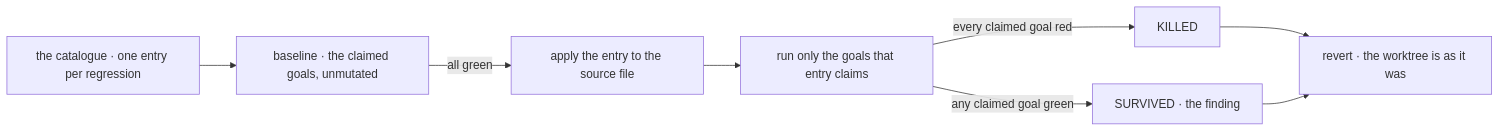
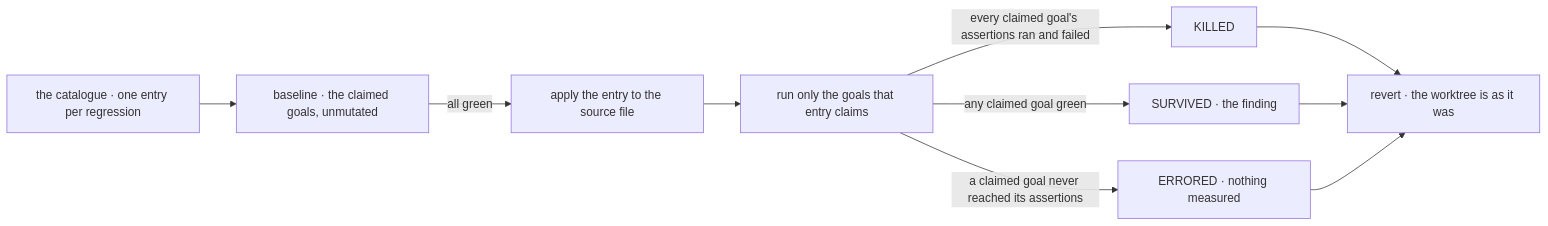
Before and after one commit to fixpoint-labs/flow-state-dev: the diagram in spec/FIX-1424/SPEC.md, drawn with Mermaid. The commit also changed other lines of this file and 4 other files, not shown here.

````diff
--- a/spec/FIX-1424/SPEC.md
+++ b/spec/FIX-1424/SPEC.md
@@ -64,10 +64,12 @@
 ```mermaid
 flowchart LR
   C["the catalogue · one entry per regression"] --> B["baseline · the claimed goals, unmutated"]
   B -->|"all green"| A["apply the entry to the source file"]
   A --> R["run only the goals that entry claims"]
-  R -->|"every claimed goal red"| K["KILLED"]
+  R -->|"every claimed goal's assertions ran and failed"| K["KILLED"]
   R -->|"any claimed goal green"| S["SURVIVED · the finding"]
+  R -->|"a claimed goal never reached its assertions"| E["ERRORED · nothing measured"]
   K --> V["revert · the worktree is as it was"]
   S --> V
+  E --> V
 ```
````
